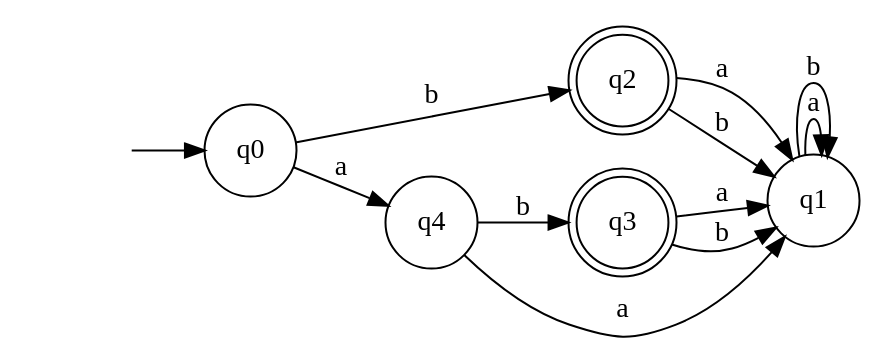
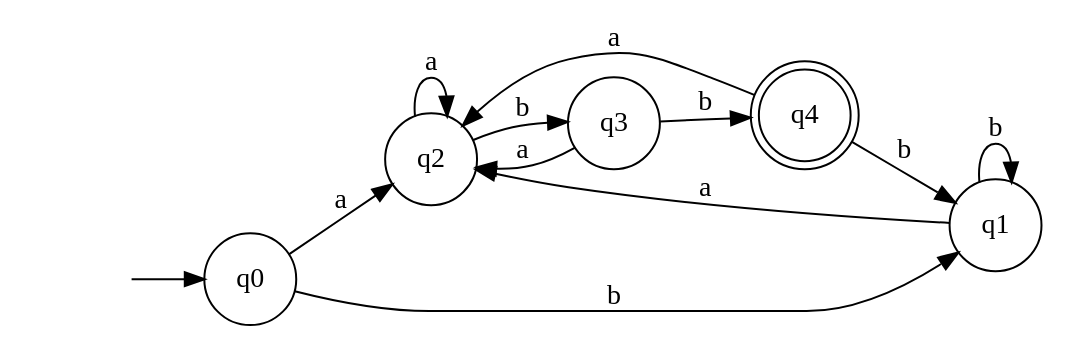
Before and after one commit to CallahanK/Graphex-Regex: the diagram in graphex/dfa.gv, drawn with Graphviz. The commit also changed 63 other files, not shown here.

```diff
--- a/graphex/dfa.gv
+++ b/graphex/dfa.gv
@@ -1,17 +1,17 @@
 digraph NFA { 
 rankdir=LR; 
 node [ shape = none]; ""; 
-node [ shape = doublecircle]; q2, q3; 
+node [ shape = doublecircle]; q4; 
 node [ shape = circle];
 "" -> q0;
-q0 -> q4 [ label = "a" ];
-q0 -> q2 [ label = "b" ];
-q2 -> q1 [ label = "a" ];
-q2 -> q1 [ label = "b" ];
-q1 -> q1 [ label = "a" ];
+q0 -> q2 [ label = "a" ];
+q0 -> q1 [ label = "b" ];
+q1 -> q2 [ label = "a" ];
 q1 -> q1 [ label = "b" ];
-q4 -> q1 [ label = "a" ];
-q4 -> q3 [ label = "b" ];
-q3 -> q1 [ label = "a" ];
-q3 -> q1 [ label = "b" ];
+q2 -> q2 [ label = "a" ];
+q2 -> q3 [ label = "b" ];
+q3 -> q2 [ label = "a" ];
+q3 -> q4 [ label = "b" ];
+q4 -> q2 [ label = "a" ];
+q4 -> q1 [ label = "b" ];
 }
```
